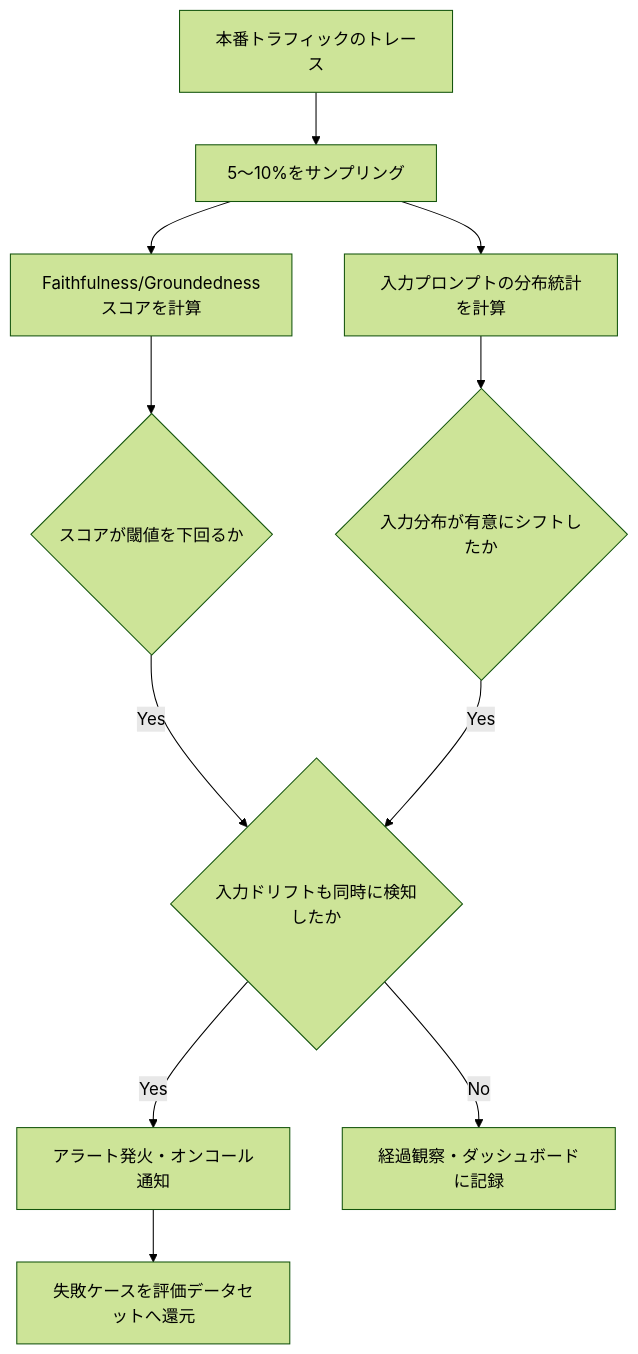
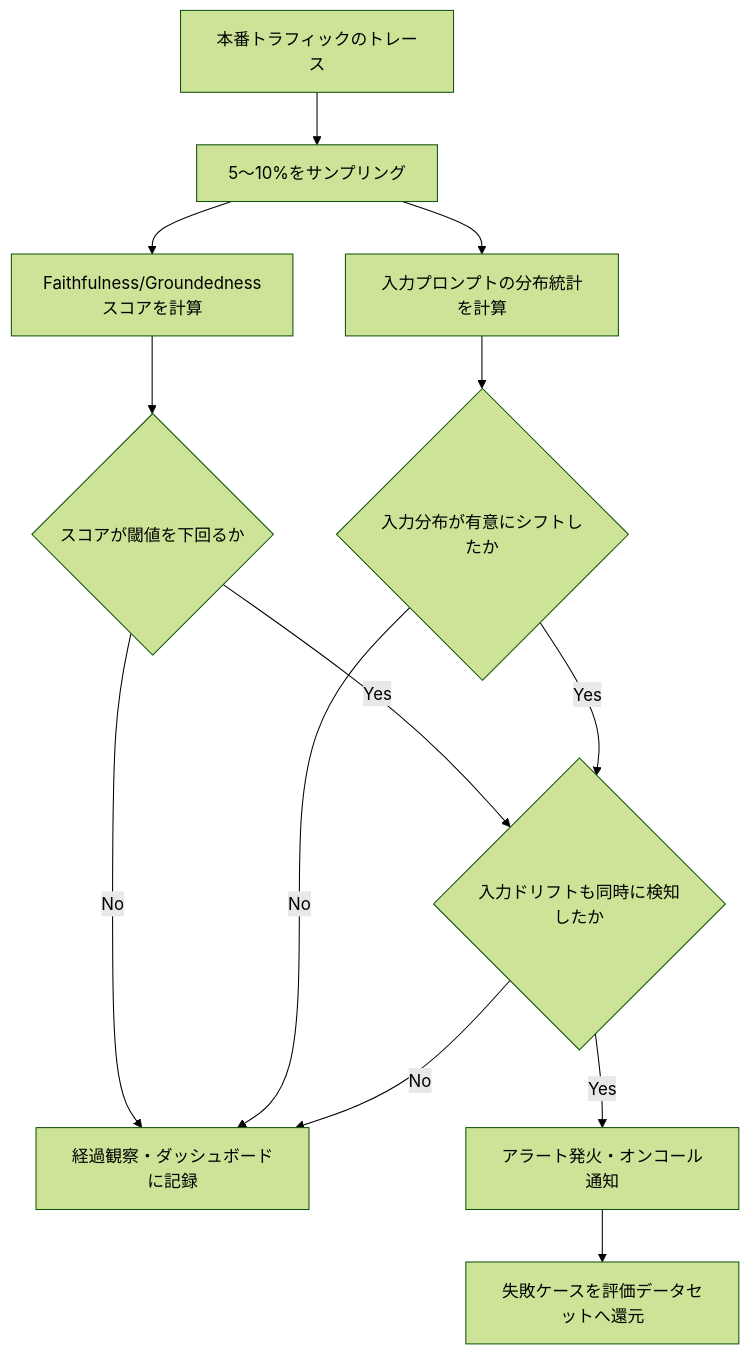
One commit to myoshi2891/Comparison-of-LLMs changed the ninth of 10 diagrams in archive/md/LLM-OPs/Llm-evaluation-observability-best-practices.md. Above: the diagram before and after it, drawn with Mermaid (forest theme). The commit also changed 1 other file, not shown here.

Commit message:
fix(archive/md): add No-transitions to drift flowchart; update SB 942 entry
LLM-OPs evaluation guide:
- Add explicit No edges from decision nodes E (score below threshold)
  and F (input distribution shift) to observation node I, so both
  below-threshold and no-drift outcomes route to the dashboard node.

Multimodal generation guide (regulation table):
- California SB 942: enforcement date → 2026年8月2日; scope clarified
  to providers of public GenAI systems in California with >1M monthly
  users. Removes the broader product-based description.

````diff
--- a/archive/md/LLM-OPs/Llm-evaluation-observability-best-practices.md
+++ b/archive/md/LLM-OPs/Llm-evaluation-observability-best-practices.md
@@ -481,13 +481,15 @@
 ```mermaid
 flowchart TD
     A["本番トラフィックのトレース"] --> B["5〜10%をサンプリング"]
     B --> C["Faithfulness/Groundednessスコアを計算"]
     B --> D["入力プロンプトの分布統計を計算"]
     C --> E{"スコアが閾値を下回るか"}
     D --> F{"入力分布が有意にシフトしたか"}
     E -- "Yes" --> G{"入力ドリフトも同時に検知したか"}
+    E -- "No" --> I["経過観察・ダッシュボードに記録"]
     F -- "Yes" --> G
+    F -- "No" --> I
     G -- "Yes" --> H["アラート発火・オンコール通知"]
-    G -- "No" --> I["経過観察・ダッシュボードに記録"]
+    G -- "No" --> I
     H --> J["失敗ケースを評価データセットへ還元"]
 ```
````
